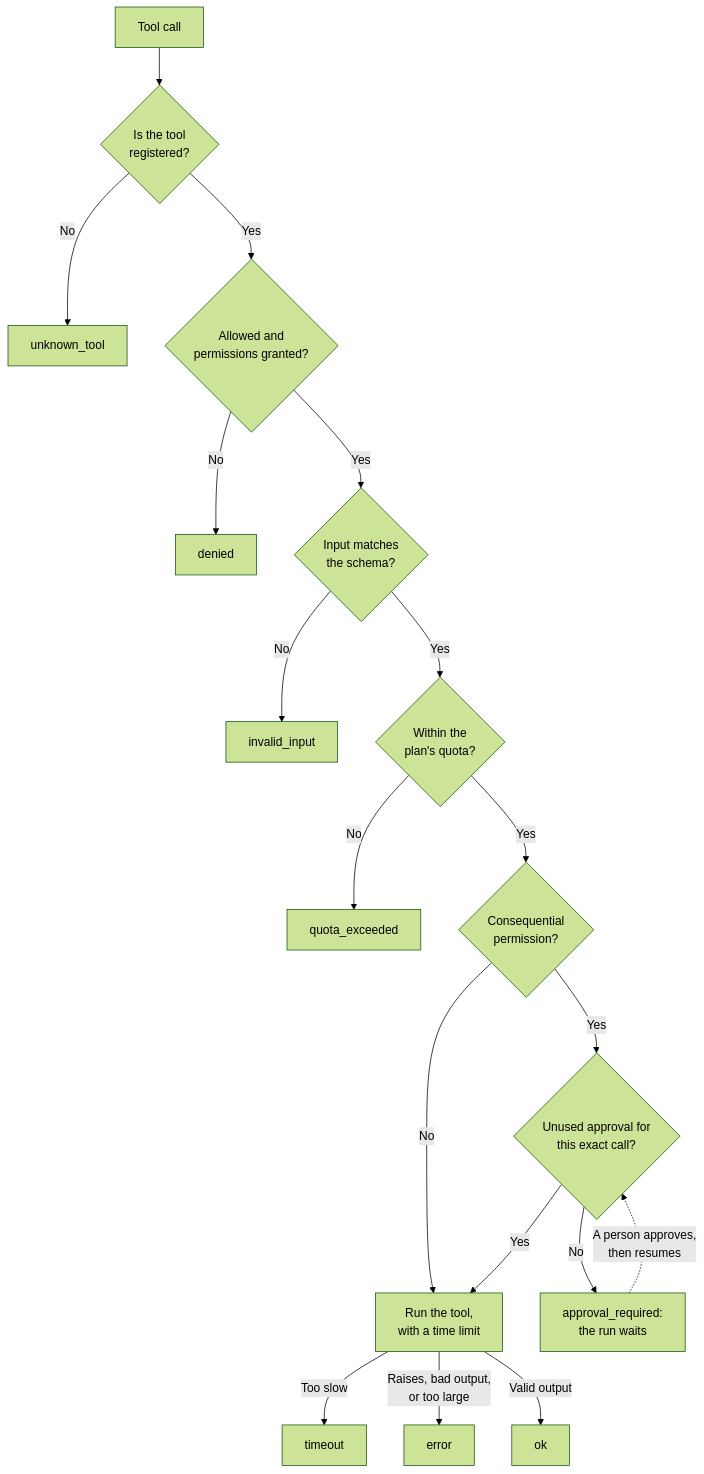
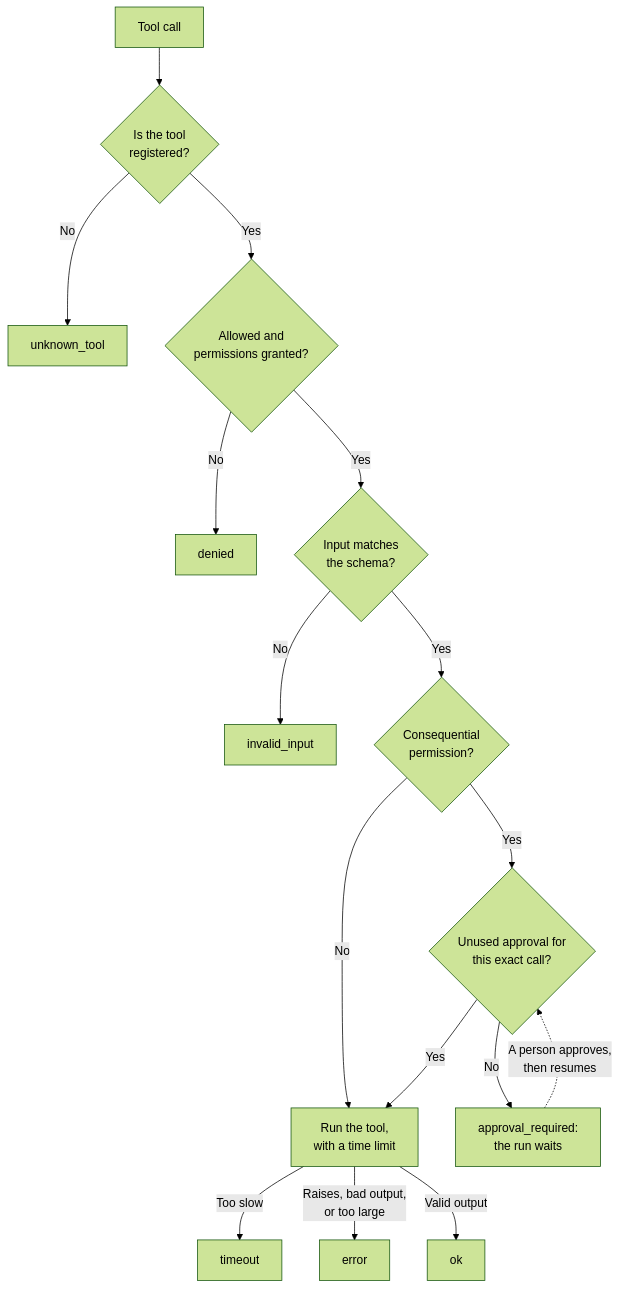
The seventh of 11 diagrams in docs/tutorial.md (yuxuzi/quant-agent-os), drawn with Mermaid (forest theme) before and after one commit. The commit also changed 2 other files, not shown here.

Commit message:
fix: stop describing plan limits, and test the start-up warnings through serve_http
Address Sourcery's review of #59: the security model and tutorial no
longer describe plan quotas that no command applies, and the access
warnings are tested by starting serve_http, so they fail if it stops
calling them.

````diff
--- a/docs/tutorial.md
+++ b/docs/tutorial.md
@@ -509,20 +509,18 @@
 ```mermaid
 flowchart TD
     A["Tool call"] --> B{"Is the tool<br/>registered?"}
     B -->|No| B1["unknown_tool"]
     B -->|Yes| C{"Allowed and<br/>permissions granted?"}
     C -->|No| C1["denied"]
     C -->|Yes| D{"Input matches<br/>the schema?"}
     D -->|No| D1["invalid_input"]
-    D -->|Yes| E{"Within the<br/>plan's quota?"}
-    E -->|No| E1["quota_exceeded"]
-    E -->|Yes| F{"Consequential<br/>permission?"}
+    D -->|Yes| F{"Consequential<br/>permission?"}
     F -->|No| H["Run the tool,<br/>with a time limit"]
     F -->|Yes| G{"Unused approval for<br/>this exact call?"}
     G -->|No| G1["approval_required:<br/>the run waits"]
     G1 -.->|"A person approves,<br/>then resumes"| G
     G -->|Yes| H
     H -->|Too slow| H1["timeout"]
     H -->|Raises, bad output,<br/>or too large| H2["error"]
     H -->|Valid output| I["ok"]
 ```
````
